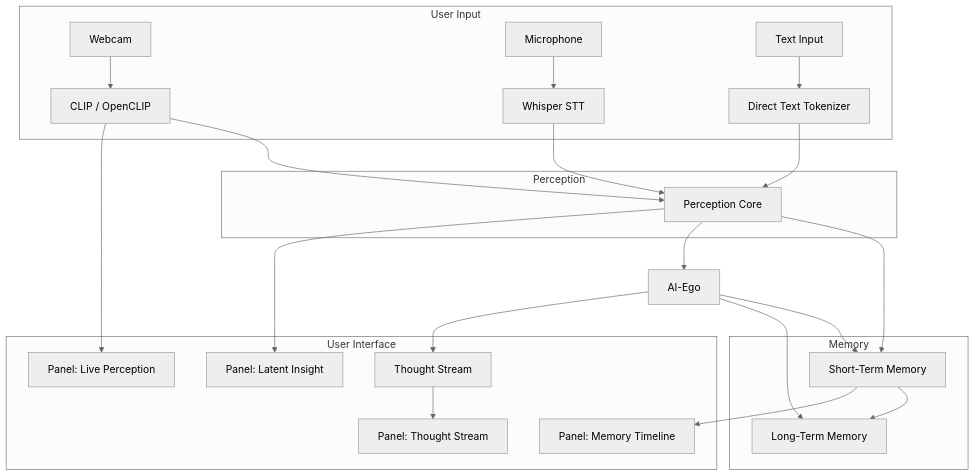
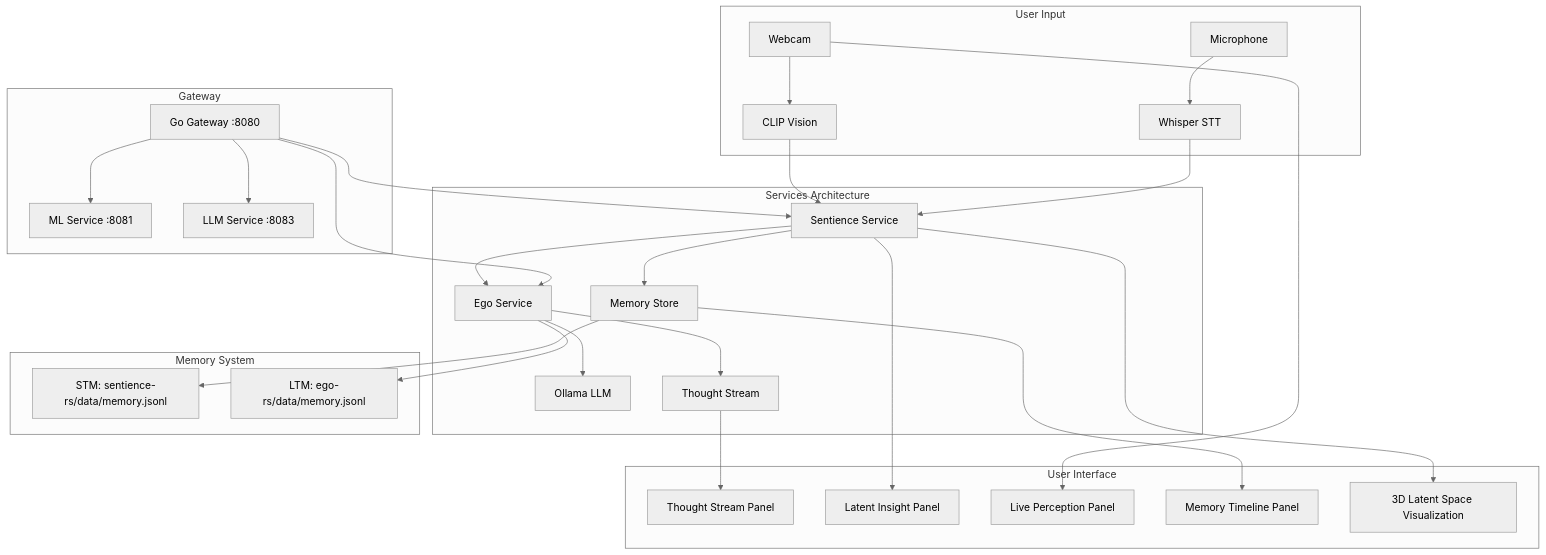
One commit to nbursa/latent-journey changed the diagram in docs/4_SYSTEM_ARCHITECTURE.md. Above: the diagram before and after it, drawn with Mermaid (neutral theme). The commit also changed other lines of this file and 4 other files, not shown here.

````diff
--- a/docs/4_SYSTEM_ARCHITECTURE.md
+++ b/docs/4_SYSTEM_ARCHITECTURE.md
@@ -5,32 +5,36 @@
 ```mermaid
 graph TD
   subgraph User Input
     A1[Webcam] --> B1
     A2[Microphone] --> B2
-    A3[Text Input] --> B3
   end
 
-  subgraph Perception
-    B1[CLIP / OpenCLIP] --> C[Perception Core]
+  subgraph Services Architecture
+    B1[CLIP Vision] --> C[Sentience Service]
     B2[Whisper STT] --> C
-    B3[Direct Text Tokenizer] --> C
+    C --> D[Memory Store]
+    C --> E[Ego Service]
+    E --> F[Ollama LLM]
+    E --> G[Thought Stream]
   end
 
-  C --> D[Short-Term Memory]
-  C --> G[AI-Ego]
-
-  subgraph Memory
-    D --> E[Long-Term Memory]
+  subgraph Memory System
+    D --> H[STM: sentience-rs/data/memory.jsonl]
+    E --> I[LTM: ego-rs/data/memory.jsonl]
   end
 
-  G --> D
-  G --> E
-  G --> F[Thought Stream]
+  subgraph User Interface
+    G --> UI1[Thought Stream Panel]
+    C --> UI2[Latent Insight Panel]
+    A1 --> UI3[Live Perception Panel]
+    D --> UI4[Memory Timeline Panel]
+    C --> UI5[3D Latent Space Visualization]
+  end
 
-  subgraph User Interface
-    F --> UI1[Panel: Thought Stream]
-    C --> UI2[Panel: Latent Insight]
-    B1 --> UI3[Panel: Live Perception]
-    D --> UI4[Panel: Memory Timeline]
+  subgraph Gateway
+    J[Go Gateway :8080] --> C
+    J --> E
+    J --> K[ML Service :8081]
+    J --> L[LLM Service :8083]
   end
 ```
````
